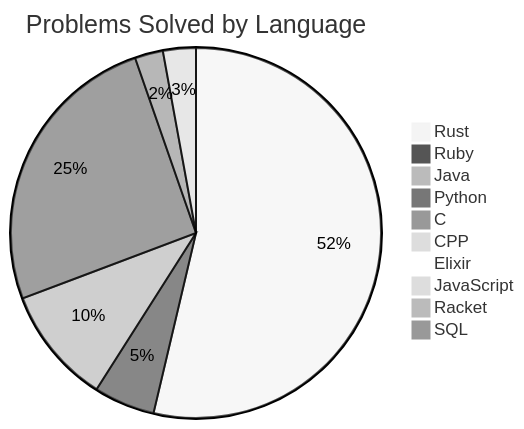
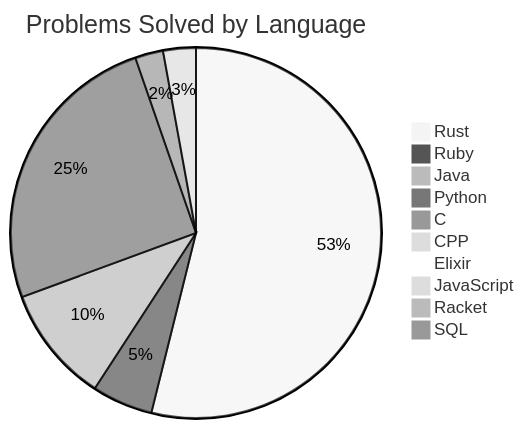
The diagram in README.md (Liam-Wirth/leetcode-solutions), drawn with Mermaid (neutral theme) before and after one commit. The commit also changed other lines of this file and 5 other files, not shown here.

````diff
--- a/README.md
+++ b/README.md
@@ -29,13 +29,13 @@
 ```mermaid
 pie title Problems Solved by Language
-    "Rust": 131
+    "Rust": 132
     "Ruby": 13
     "Java": 25
     "Python": 62
     "C": 6
     "CPP": 7
     "Elixir": 1
     "JavaScript": 2
     "Racket": 1
     "SQL": 2
 ```
````
